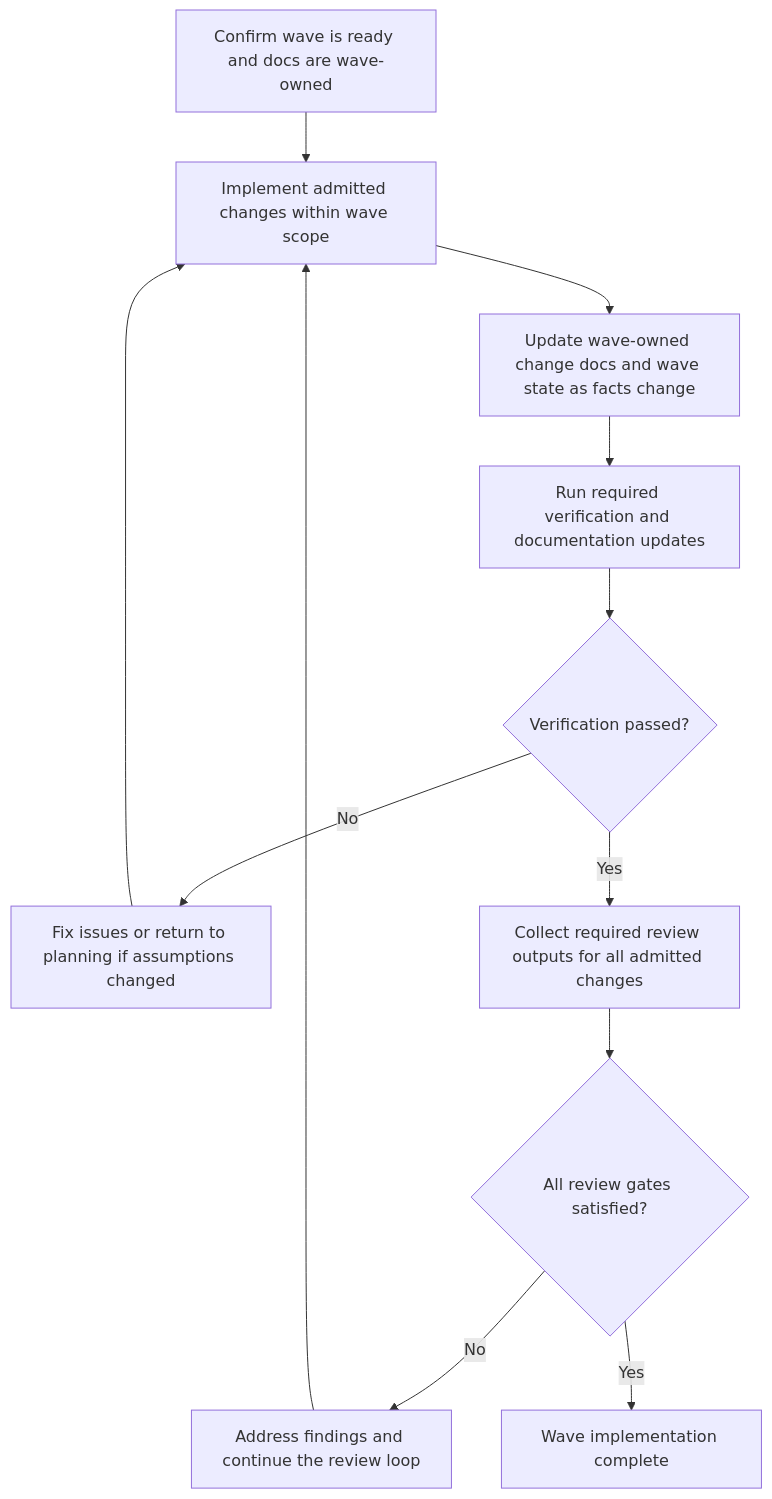
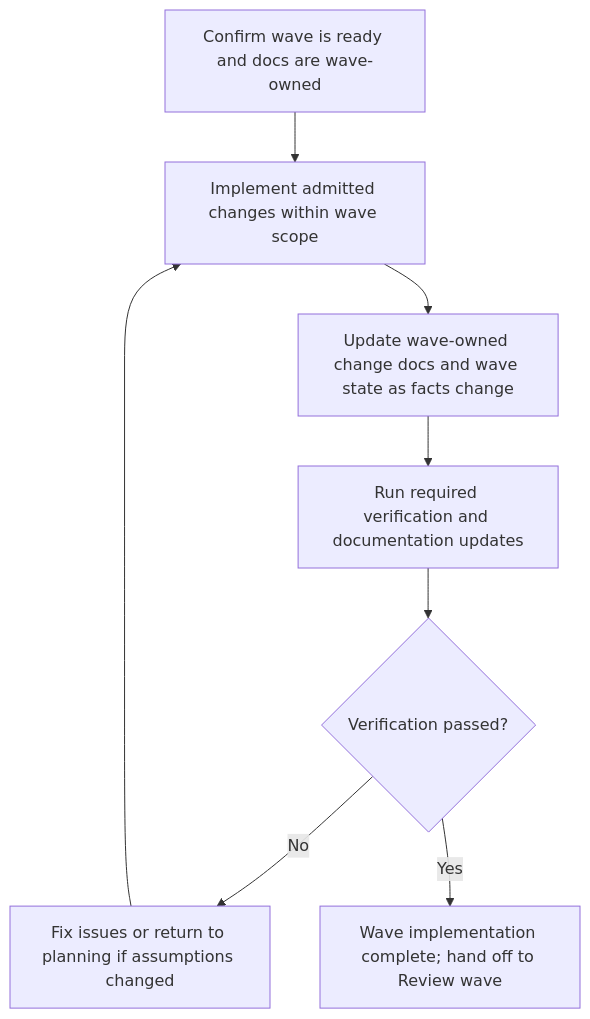
Before and after one commit to coryhacking/wavefoundry: the third of 4 diagrams in .wavefoundry/framework/seeds/001-feature-wave-framework-overview.md, drawn with Mermaid. The commit also changed other lines of this file and 179 other files, not shown here.

````diff
--- a/.wavefoundry/framework/seeds/001-feature-wave-framework-overview.md
+++ b/.wavefoundry/framework/seeds/001-feature-wave-framework-overview.md
@@ -96,14 +96,10 @@
 ```mermaid
 flowchart TD
     A[Confirm wave is ready and docs are wave-owned] --> B[Implement admitted changes within wave scope]
     B --> C[Update wave-owned change docs and wave state as facts change]
     C --> D[Run required verification and documentation updates]
     D --> E{Verification passed?}
     E -->|No| F[Fix issues or return to planning if assumptions changed]
     F --> B
-    E -->|Yes| G[Collect required review outputs for all admitted changes]
-    G --> H{All review gates satisfied?}
-    H -->|No| I[Address findings and continue the review loop]
-    I --> B
-    H -->|Yes| J[Wave implementation complete]
+    E -->|Yes| G[Wave implementation complete; hand off to Review wave]
 ```
````
